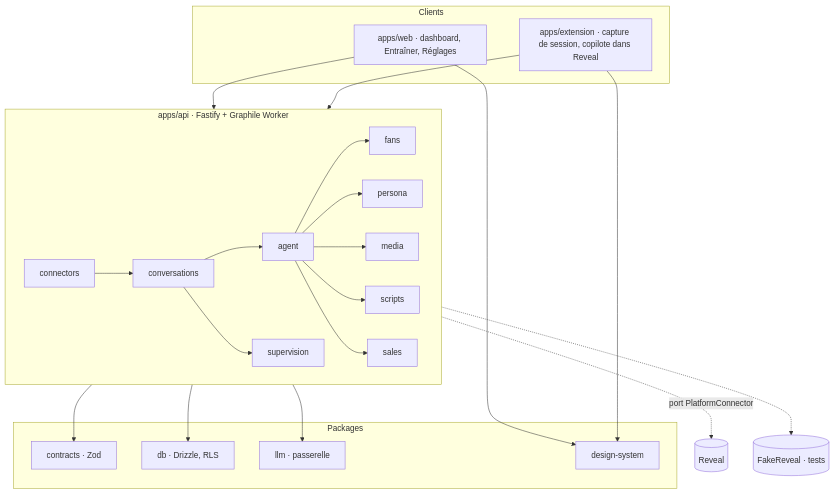
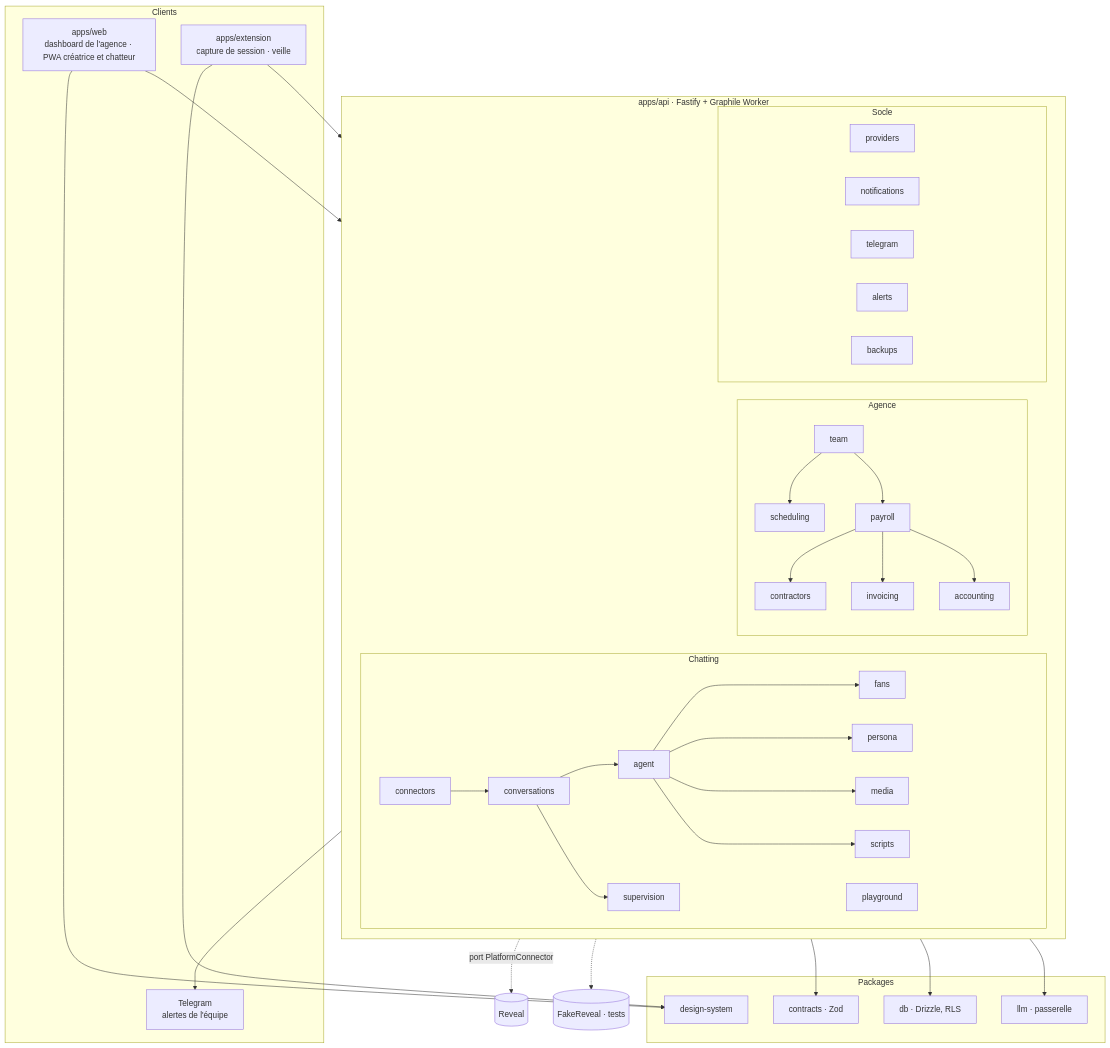
Before and after one commit to LeyZee/impera: the second of 2 diagrams in README.md, drawn with Mermaid. The commit also changed other lines of this file and 11 other files, not shown here.

````diff
--- a/README.md
+++ b/README.md
@@ -108,33 +112,51 @@
 ```mermaid
 flowchart TB
   subgraph Clients
-    W[apps/web · dashboard, Entraîner, Réglages]
-    X[apps/extension · capture de session, copilote dans Reveal]
+    W[apps/web<br/>dashboard de l'agence · PWA créatrice et chatteur]
+    X[apps/extension<br/>capture de session · veille]
+    T[Telegram<br/>alertes de l'équipe]
   end
   subgraph API["apps/api · Fastify + Graphile Worker"]
     direction LR
-    CO[connectors] --> CV[conversations]
-    CV --> AG[agent]
-    AG --> FA[fans]
-    AG --> PE[persona]
-    AG --> ME[media]
-    AG --> SC[scripts]
-    AG --> SA[sales]
-    CV --> SU[supervision]
+    subgraph Chatting
+      CO[connectors] --> CV[conversations]
+      CV --> AG[agent]
+      AG --> FA[fans]
+      AG --> PE[persona]
+      AG --> ME[media]
+      AG --> SC[scripts]
+      CV --> SU[supervision]
+      PL[playground]
+    end
+    subgraph Agence
+      TE[team] --> SH[scheduling]
+      TE --> PA[payroll]
+      PA --> CT2[contractors]
+      PA --> IN[invoicing]
+      PA --> AC[accounting]
+    end
+    subgraph Socle
+      PR[providers]
+      NO[notifications]
+      TG[telegram]
+      AL[alerts]
+      BK[backups]
+    end
   end
   subgraph Packages
     CT[contracts · Zod]
     DB[db · Drizzle, RLS]
     LLM[llm · passerelle]
     DS[design-system]
   end
   W --> API
   X --> API
+  TG --> T
   W --> DS
   X --> DS
   API --> CT
   API --> DB
   API --> LLM
   CO -.port PlatformConnector.-> R[(Reveal)]
   CO -.-> FR[(FakeReveal · tests)]
 ```
````
